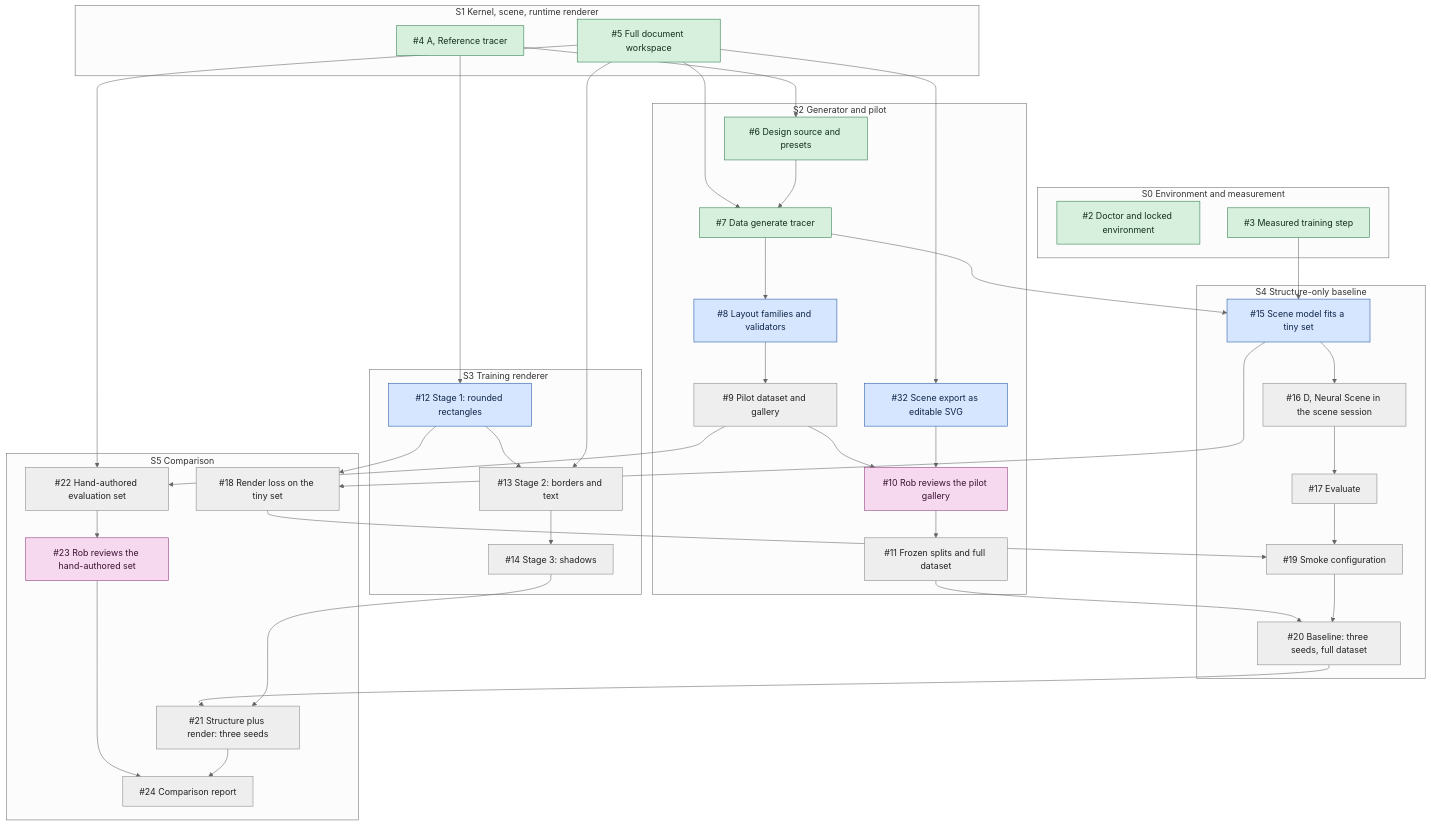
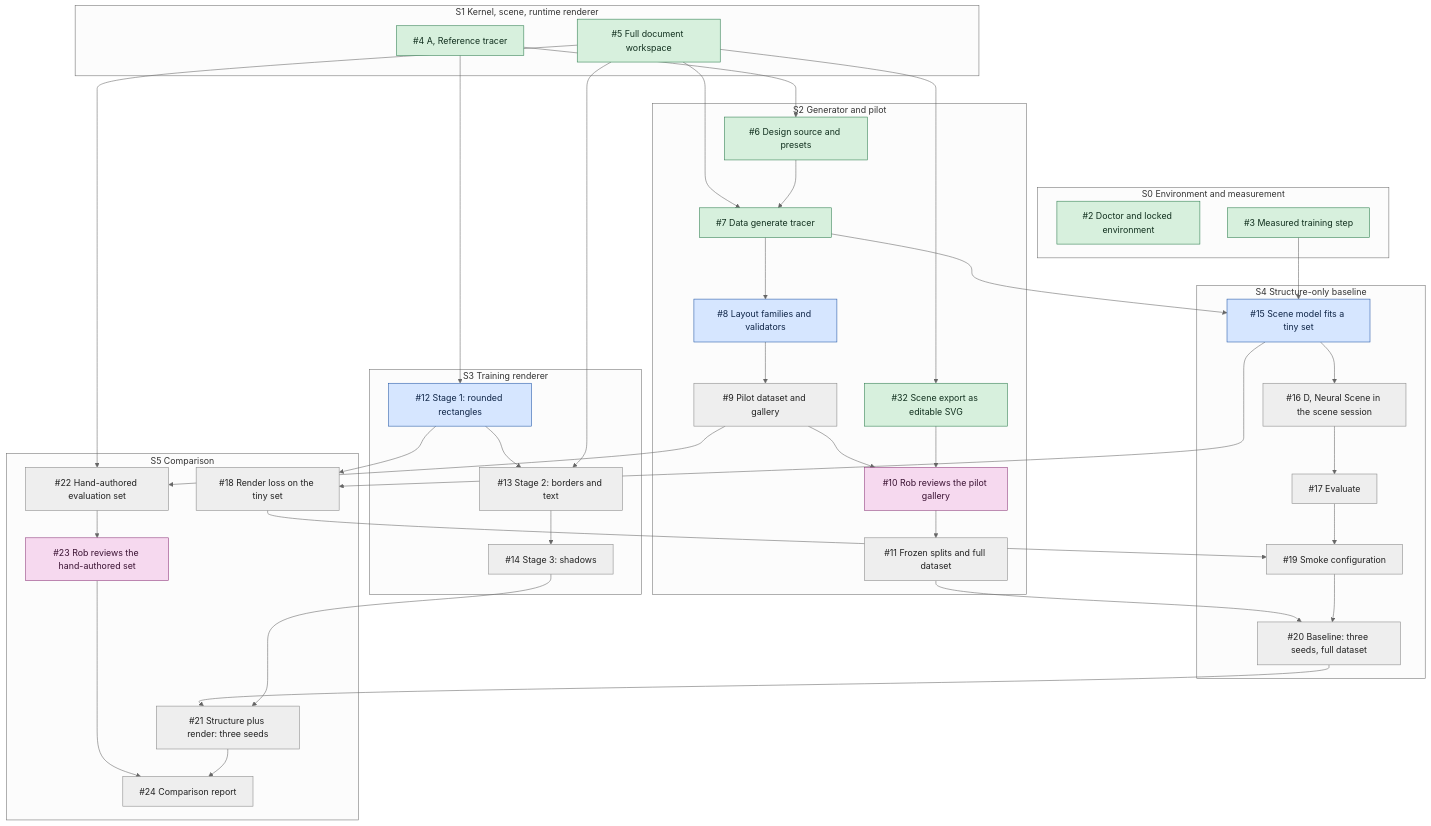
The diagram in docs/roadmap.md (robdhyman/core-ultra-neural-engine), drawn with Mermaid (neutral theme) before and after one commit. The commit also changed other lines of this file and 14 other files, not shown here.

First line of the commit message:
Add `scene export`: a scene as an editable SVG, measured against the runtime renderer (#32) (#34)

````diff
--- a/docs/roadmap.md
+++ b/docs/roadmap.md
@@ -26,61 +26,61 @@
 ```mermaid
 flowchart TD
     classDef done fill:#d7f0dd,stroke:#2e7d4f,color:#12301f
     classDef ready fill:#d6e6ff,stroke:#2457a6,color:#0f2547
     classDef waiting fill:#eeeeee,stroke:#888888,color:#222222
     classDef rob fill:#f6d9ef,stroke:#8e3a7c,color:#3a1232
 
     subgraph S0["S0 Environment and measurement"]
         i2["#2 Doctor and locked environment"]:::done
         i3["#3 Measured training step"]:::done
     end
     subgraph S1["S1 Kernel, scene, runtime renderer"]
         i4["#4 A, Reference tracer"]:::done
         i5["#5 Full document workspace"]:::done
     end
     subgraph S2["S2 Generator and pilot"]
         i6["#6 Design source and presets"]:::done
         i7["#7 Data generate tracer"]:::done
         i8["#8 Layout families and validators"]:::ready
         i9["#9 Pilot dataset and gallery"]:::waiting
-        i32["#32 Scene export as editable SVG"]:::ready
+        i32["#32 Scene export as editable SVG"]:::done
         i10["#10 Rob reviews the pilot gallery"]:::rob
         i11["#11 Frozen splits and full dataset"]:::waiting
     end
     subgraph S3["S3 Training renderer"]
         i12["#12 Stage 1: rounded rectangles"]:::ready
         i13["#13 Stage 2: borders and text"]:::waiting
         i14["#14 Stage 3: shadows"]:::waiting
     end
     subgraph S4["S4 Structure-only baseline"]
         i15["#15 Scene model fits a tiny set"]:::ready
         i16["#16 D, Neural Scene in the scene session"]:::waiting
         i17["#17 Evaluate"]:::waiting
         i19["#19 Smoke configuration"]:::waiting
         i20["#20 Baseline: three seeds, full dataset"]:::waiting
     end
     subgraph S5["S5 Comparison"]
         i18["#18 Render loss on the tiny set"]:::waiting
         i21["#21 Structure plus render: three seeds"]:::waiting
         i22["#22 Hand-authored evaluation set"]:::waiting
         i23["#23 Rob reviews the hand-authored set"]:::rob
         i24["#24 Comparison report"]:::waiting
     end
 
     i4 --> i6
     i5 --> i7
     i6 --> i7 --> i8 --> i9 --> i10 --> i11
     i5 --> i32 --> i10
     i4 --> i12 --> i13 --> i14
     i5 --> i13
     i3 --> i15
     i7 --> i15 --> i16 --> i17 --> i19
     i12 --> i18
     i15 --> i18 --> i19
     i11 --> i20
     i19 --> i20 --> i21
     i14 --> i21
     i5 --> i22
     i9 --> i22 --> i23 --> i24
     i21 --> i24
 ```
````
